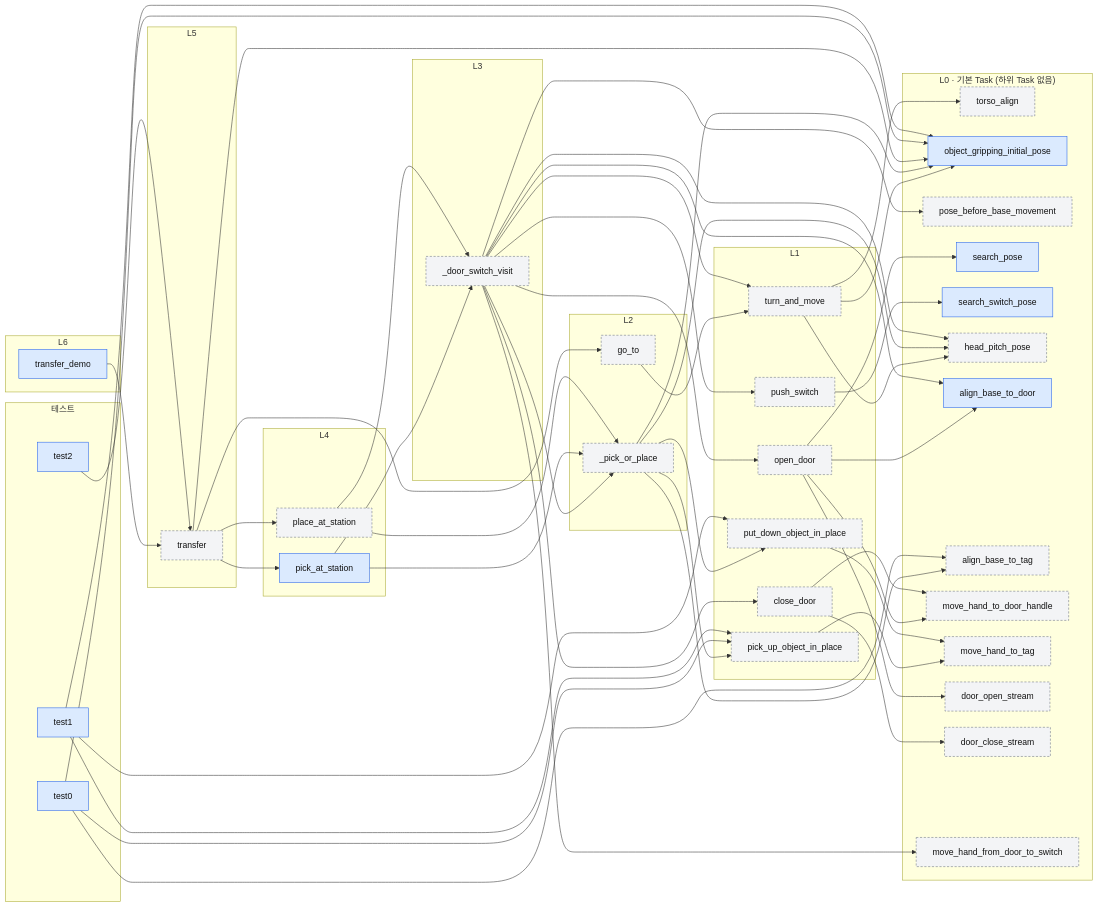
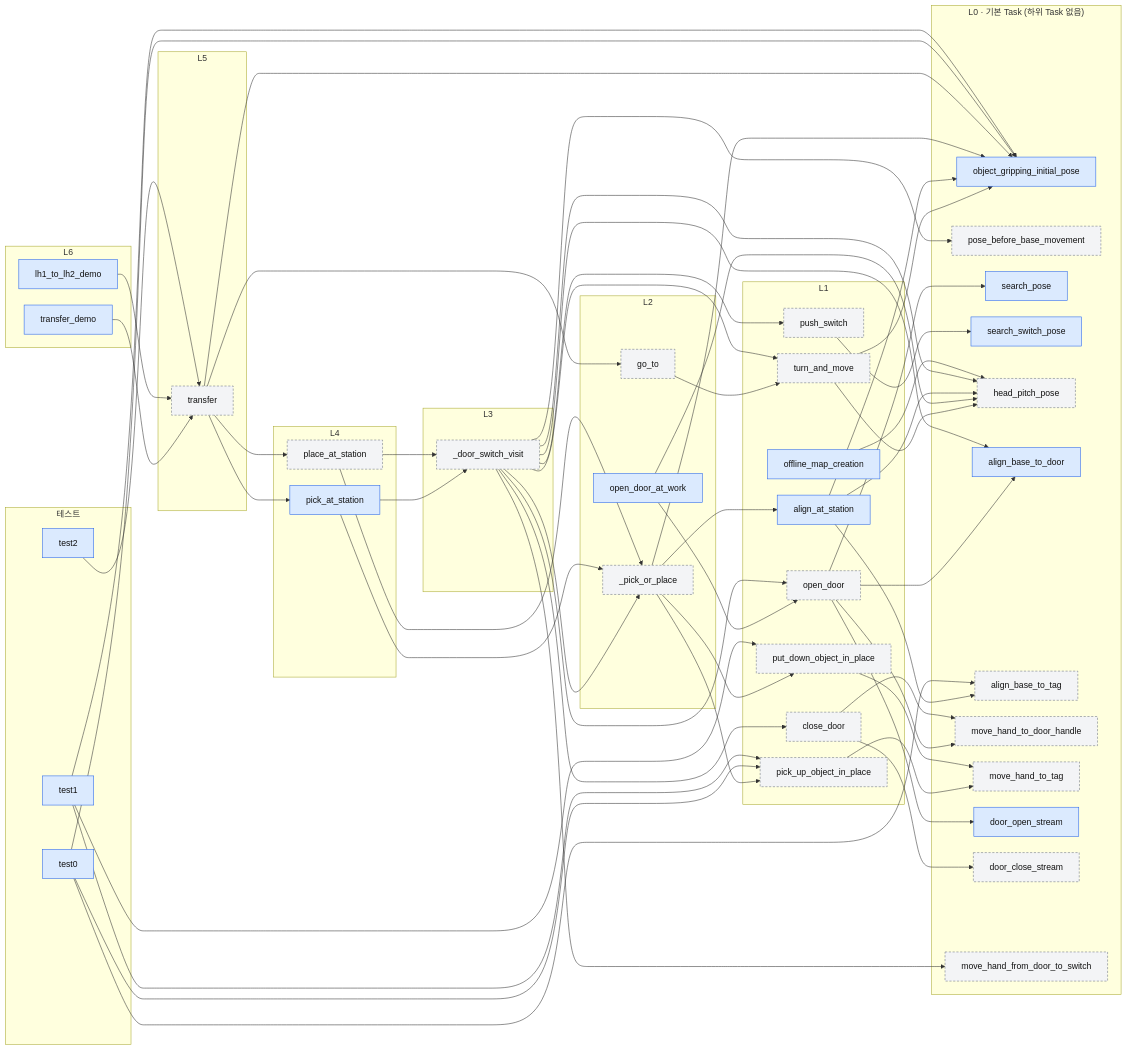
Before and after one commit to acjcjoon/rby1-project: the first of 4 diagrams in rby1_planner/docs/task_graph.md, drawn with Mermaid. The commit also changed other lines of this file and 4 other files, not shown here.

Commit message:
20261126_ second day -search pose

````diff
--- a/rby1_planner/docs/task_graph.md
+++ b/rby1_planner/docs/task_graph.md
@@ -24,6 +24,7 @@
   end
   subgraph L6["L6"]
     transfer_demo["transfer_demo"]
+    lh1_to_lh2_demo["lh1_to_lh2_demo"]
   end
   subgraph L5["L5"]
     transfer["transfer"]
@@ -36,6 +37,7 @@
     _door_switch_visit["_door_switch_visit"]
   end
   subgraph L2["L2"]
+    open_door_at_work["open_door_at_work"]
     go_to["go_to"]
     _pick_or_place["_pick_or_place"]
   end
@@ -46,9 +48,10 @@
     open_door["open_door"]
     push_switch["push_switch"]
     close_door["close_door"]
+    align_at_station["align_at_station"]
+    offline_map_creation["offline_map_creation"]
   end
   subgraph L0["L0 · 기본 Task (하위 Task 없음)"]
-    torso_align["torso_align"]
     object_gripping_initial_pose["object_gripping_initial_pose"]
     pose_before_base_movement["pose_before_base_movement"]
     search_pose["search_pose"]
@@ -62,21 +65,24 @@
     door_close_stream["door_close_stream"]
     move_hand_from_door_to_switch["move_hand_from_door_to_switch"]
   end
+  turn_and_move --> object_gripping_initial_pose
   turn_and_move --> head_pitch_pose
-  turn_and_move --> object_gripping_initial_pose
-  turn_and_move --> torso_align
   pick_up_object_in_place --> move_hand_to_tag
   put_down_object_in_place --> move_hand_to_tag
   open_door --> search_pose
   open_door --> align_base_to_door
   open_door --> move_hand_to_door_handle
   open_door --> door_open_stream
+  open_door_at_work --> head_pitch_pose
+  open_door_at_work --> open_door
   push_switch --> search_switch_pose
   close_door --> move_hand_to_door_handle
   close_door --> door_close_stream
   go_to --> turn_and_move
-  _pick_or_place --> head_pitch_pose
-  _pick_or_place --> align_base_to_tag
+  align_at_station --> object_gripping_initial_pose
+  align_at_station --> head_pitch_pose
+  align_at_station --> align_base_to_tag
+  _pick_or_place --> align_at_station
   _pick_or_place --> pick_up_object_in_place
   _pick_or_place --> put_down_object_in_place
   _pick_or_place --> object_gripping_initial_pose
@@ -98,6 +104,8 @@
   transfer --> pick_at_station
   transfer --> place_at_station
   transfer_demo --> transfer
+  lh1_to_lh2_demo --> transfer
+  offline_map_creation --> head_pitch_pose
   test0 --> object_gripping_initial_pose
   test0 --> align_base_to_tag
   test0 --> pick_up_object_in_place
@@ -108,6 +116,6 @@
   classDef registered fill:#dbeafe,stroke:#2563eb,color:#111;
   classDef internal fill:#f3f4f6,stroke:#6b7280,stroke-dasharray:4 3,color:#111;
   classDef unused fill:#fee2e2,stroke:#dc2626,stroke-dasharray:4 3,color:#111;
-  class object_gripping_initial_pose,search_pose,search_switch_pose,align_base_to_door,pick_at_station,transfer_demo,test0,test1,test2 registered;
-  class torso_align,pose_before_base_movement,head_pitch_pose,turn_and_move,align_base_to_tag,move_hand_to_door_handle,move_hand_to_tag,door_open_stream,door_close_stream,pick_up_object_in_place,put_down_object_in_place,open_door,push_switch,move_hand_from_door_to_switch,close_door,go_to,_pick_or_place,_door_switch_visit,place_at_station,transfer internal;
+  class object_gripping_initial_pose,search_pose,search_switch_pose,align_base_to_door,door_open_stream,open_door_at_work,align_at_station,pick_at_station,transfer_demo,lh1_to_lh2_demo,offline_map_creation,test0,test1,test2 registered;
+  class pose_before_base_movement,head_pitch_pose,turn_and_move,align_base_to_tag,move_hand_to_door_handle,move_hand_to_tag,door_close_stream,pick_up_object_in_place,put_down_object_in_place,open_door,push_switch,move_hand_from_door_to_switch,close_door,go_to,_pick_or_place,_door_switch_visit,place_at_station,transfer internal;
 ```
````
